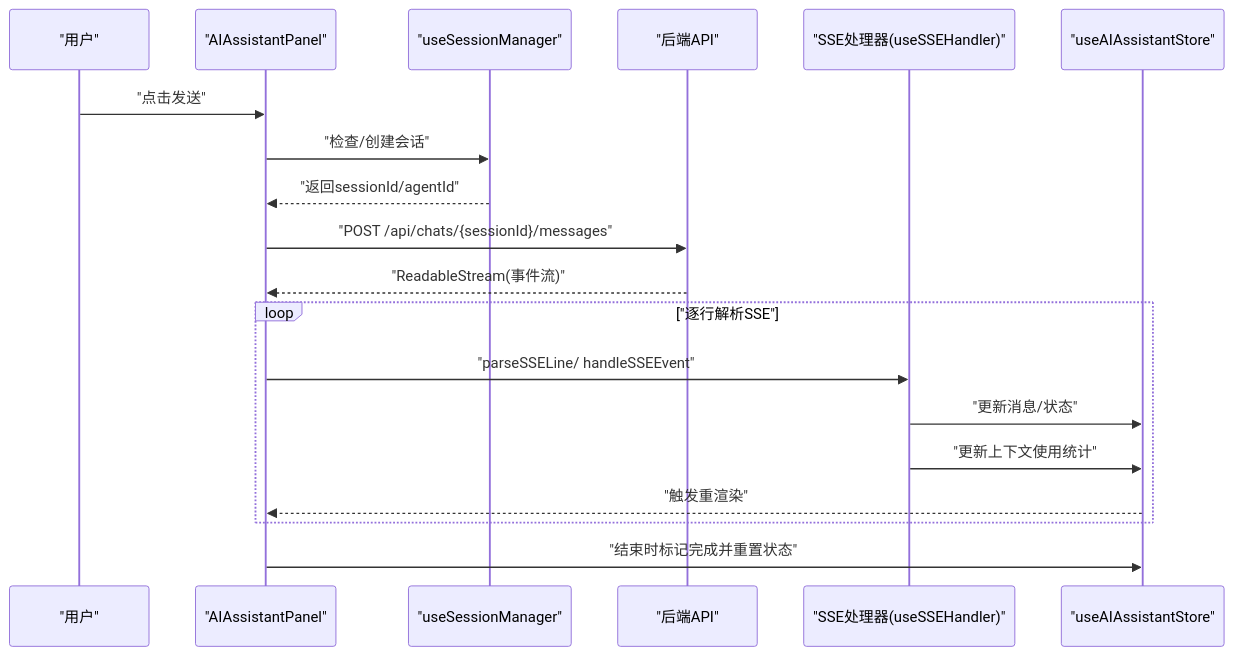
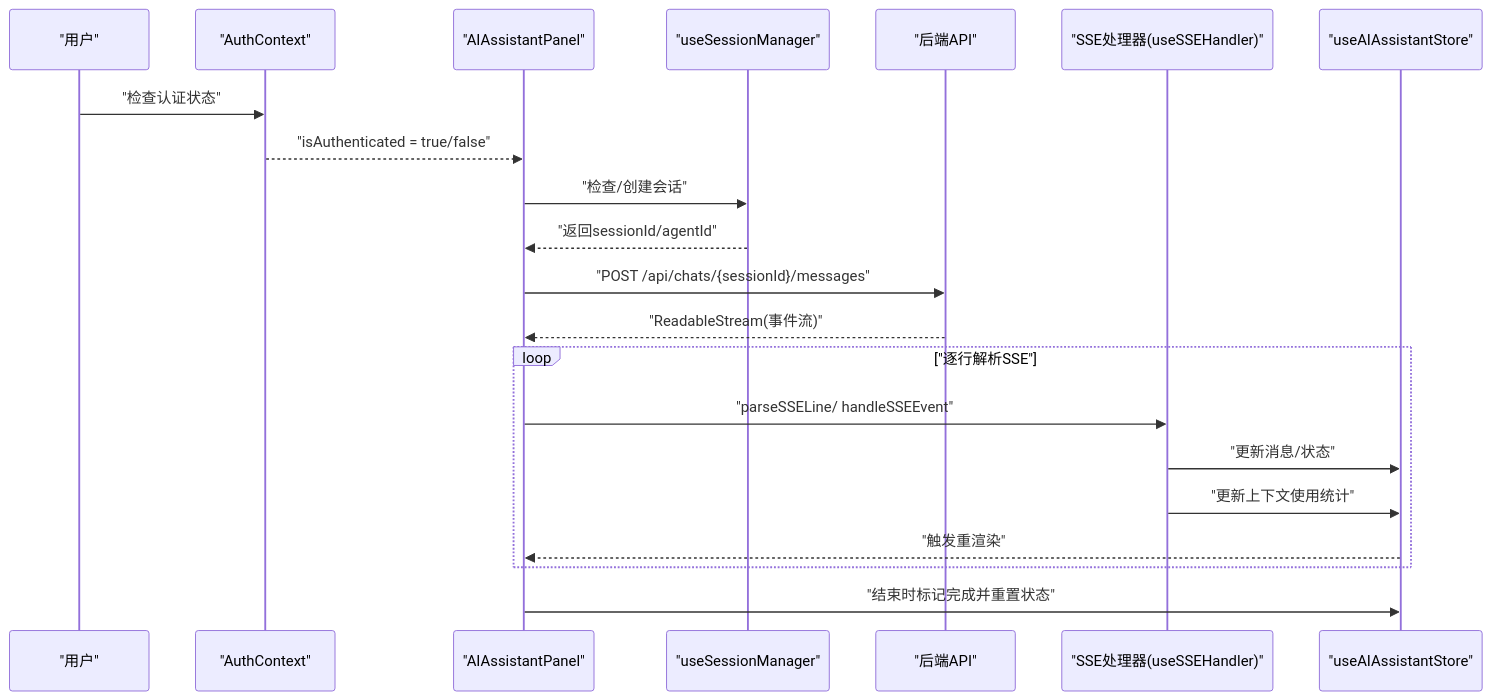
One commit to KunLabAI/KunFlix changed the second of 12 diagrams in .qoder/repowiki/zh/content/前端应用架构/UI组件库/画布组件系统/AI助手面板.md. Above: the diagram before and after it, drawn with Mermaid. The commit also changed other lines of this file and 11 other files, not shown here.

````diff
--- a/.qoder/repowiki/zh/content/前端应用架构/UI组件库/画布组件系统/AI助手面板.md
+++ b/.qoder/repowiki/zh/content/前端应用架构/UI组件库/画布组件系统/AI助手面板.md
@@ -168,21 +169,23 @@
 ```mermaid
 sequenceDiagram
 participant U as "用户"
+participant A as "AuthContext"
 participant P as "AIAssistantPanel"
 participant S as "useSessionManager"
 participant N as "后端API"
 participant SSE as "SSE处理器(useSSEHandler)"
 participant ST as "useAIAssistantStore"
-U->>P : "点击发送"
+U->>A : "检查认证状态"
+A-->>P : "isAuthenticated = true/false"
 P->>S : "检查/创建会话"
 S-->>P : "返回sessionId/agentId"
 P->>N : "POST /api/chats/{sessionId}/messages"
 N-->>P : "ReadableStream(事件流)"
 loop "逐行解析SSE"
 P->>SSE : "parseSSELine/ handleSSEEvent"
 SSE->>ST : "更新消息/状态"
 SSE->>ST : "更新上下文使用统计"
 ST-->>P : "触发重渲染"
 end
 P->>ST : "结束时标记完成并重置状态"
 ```
````
